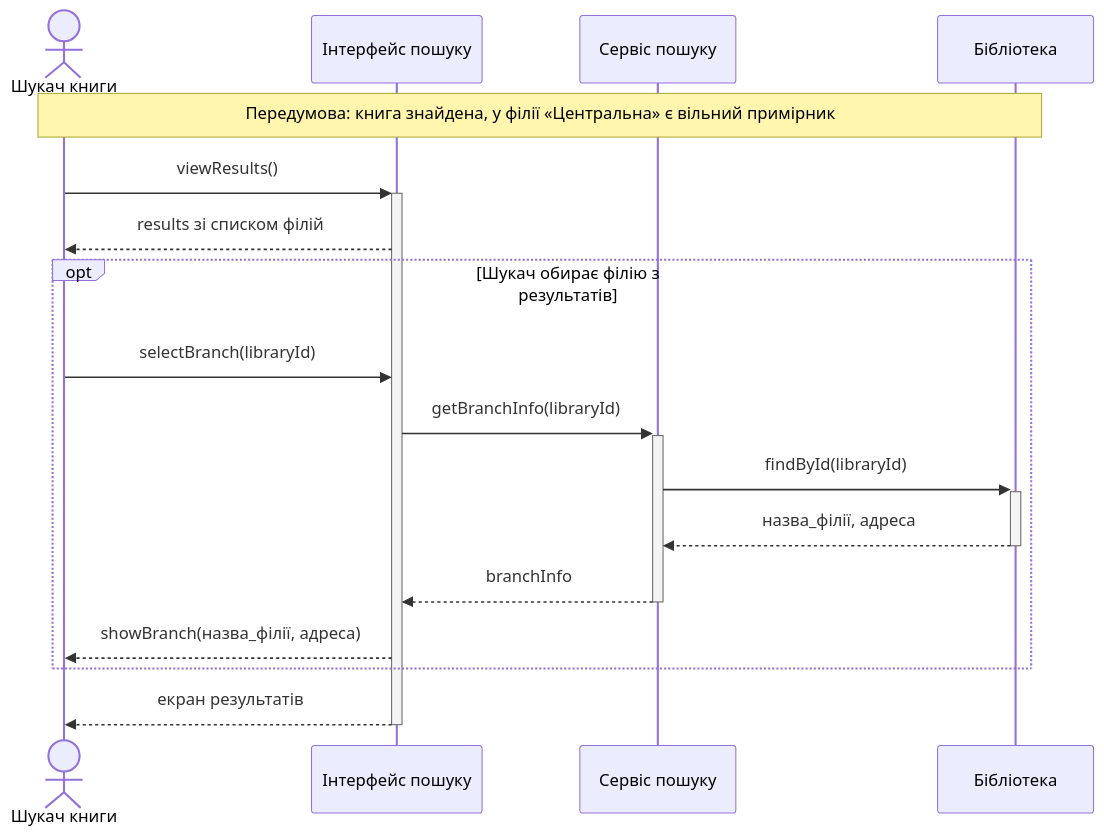
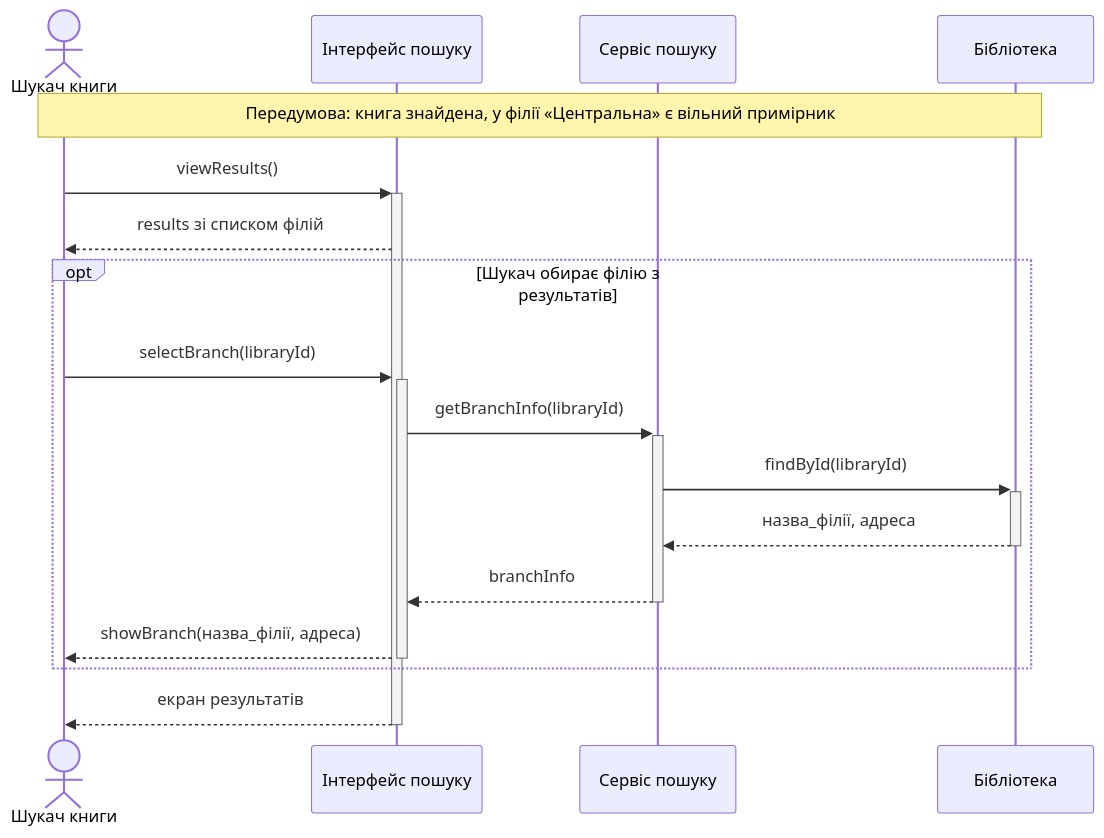
One commit to QkiS-00/se-requirements changed the diagram in lab3/docs/seq-s5.md. Above: the diagram before and after it, drawn with Mermaid. The commit also changed other lines of this file, not shown here.

Commit message:
Виправив S5: вибір філії тепер має return-повідомлення

````diff
--- a/lab3/docs/seq-s5.md
+++ b/lab3/docs/seq-s5.md
@@ -3,20 +3,20 @@
 ```mermaid
 sequenceDiagram
     actor U as Шукач книги
     participant UI as Інтерфейс пошуку
     participant SS as Сервіс пошуку
     participant B as Бібліотека
 
     Note over U,B: Передумова: книга знайдена, у філії «Центральна» є вільний примірник
     U->>+UI: viewResults()
     UI-->>U: results зі списком філій
     opt Шукач обирає філію з результатів
-        U->>UI: selectBranch(libraryId)
+        U->>+UI: selectBranch(libraryId)
         UI->>+SS: getBranchInfo(libraryId)
         SS->>+B: findById(libraryId)
         B-->>-SS: назва_філії, адреса
         SS-->>-UI: branchInfo
-        UI-->>U: showBranch(назва_філії, адреса)
+        UI-->>-U: showBranch(назва_філії, адреса)
     end
     UI-->>-U: екран результатів
 ```
````
